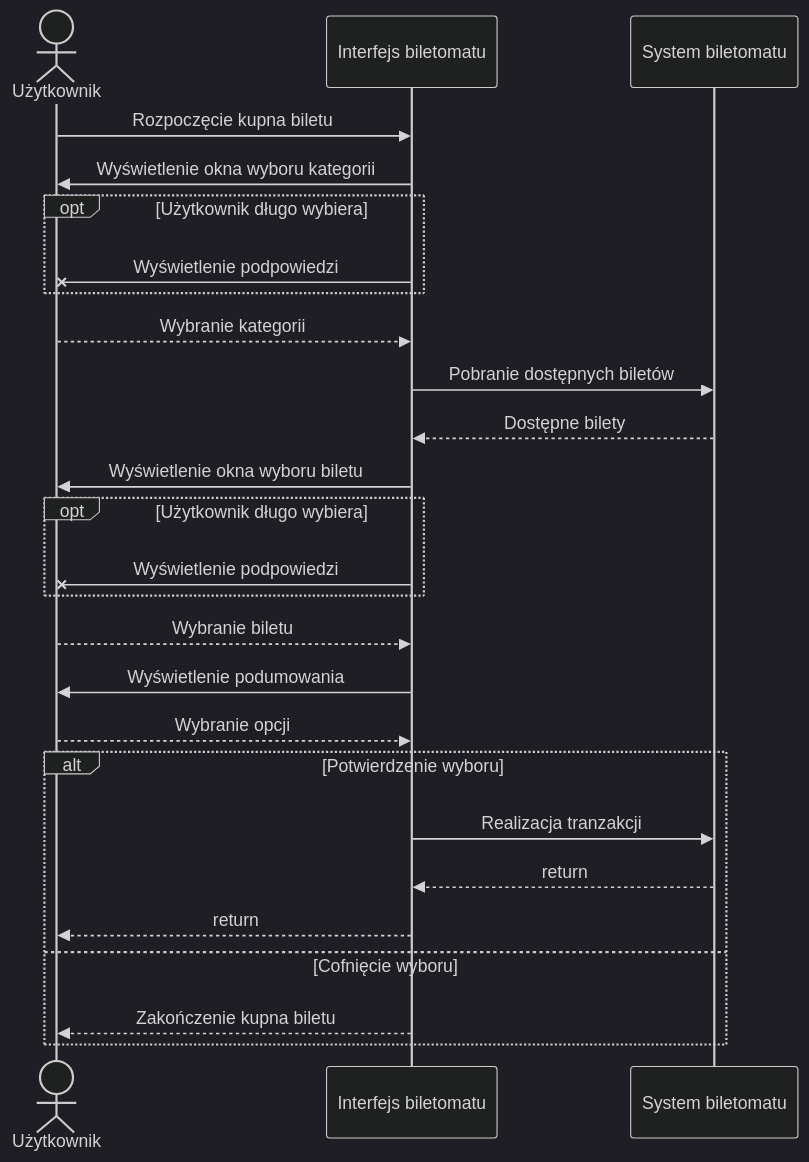
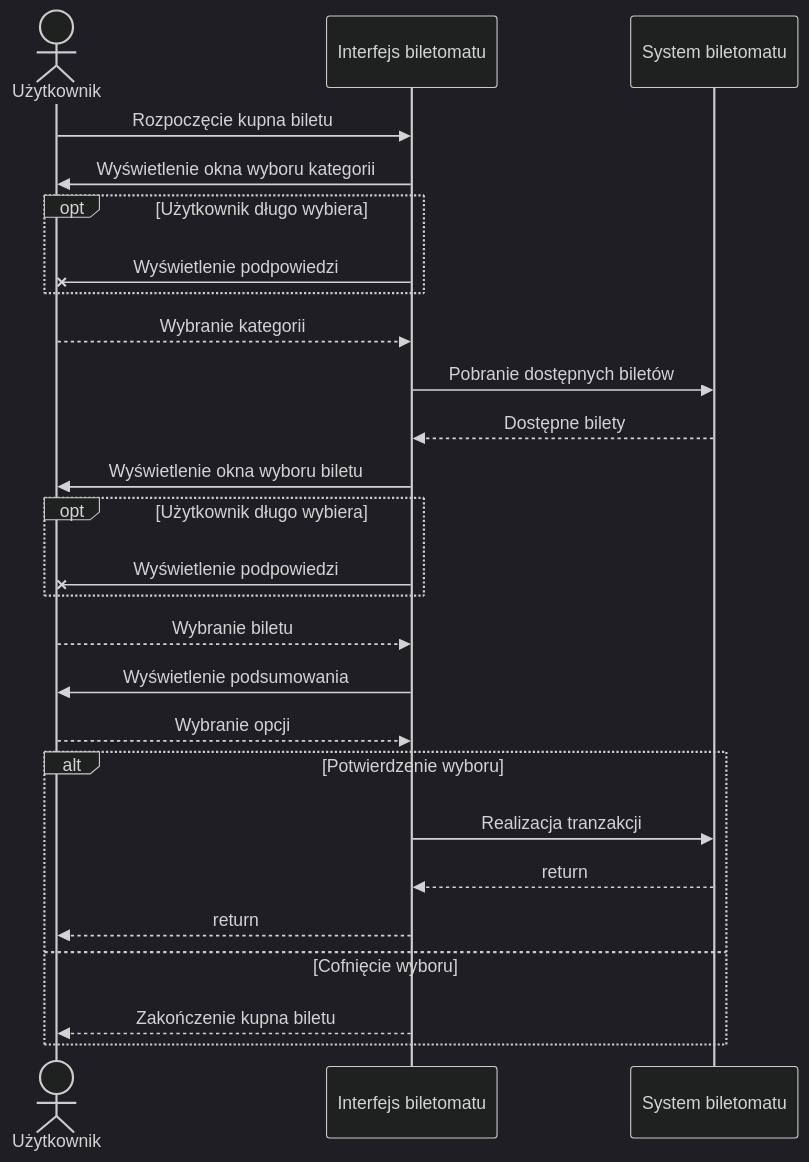
Before and after one commit to MarcinMarszewski/dowolna_nazwa: the seventh of 8 diagrams in userstories/user.md, drawn with Mermaid (dark theme).

````diff
--- a/userstories/user.md
+++ b/userstories/user.md
@@ -368,34 +368,34 @@
 ```mermaid
 sequenceDiagram
   actor user as Użytkownik
   participant ui as Interfejs biletomatu
   participant sys as System biletomatu
 
   user->>ui: Rozpoczęcie kupna biletu
   ui->>user: Wyświetlenie okna wyboru kategorii
 
   OPT Użytkownik długo wybiera
     ui-Xuser: Wyświetlenie podpowiedzi
   END
   user-->>ui: Wybranie kategorii
   ui->>sys: Pobranie dostępnych biletów
   sys-->>ui: Dostępne bilety
 
   ui->>user: Wyświetlenie okna wyboru biletu
   
   OPT Użytkownik długo wybiera
     ui-Xuser: Wyświetlenie podpowiedzi
   END
 
   user-->>ui: Wybranie biletu
-  ui->>user: Wyświetlenie podumowania
+  ui->>user: Wyświetlenie podsumowania
   user-->>ui: Wybranie opcji
 
   ALT Potwierdzenie wyboru
     ui->>sys: Realizacja tranzakcji
     sys-->>ui: return
     ui-->>user: return
   ELSE Cofnięcie wyboru
     ui-->>user: Zakończenie kupna biletu
   END
 ```
````
